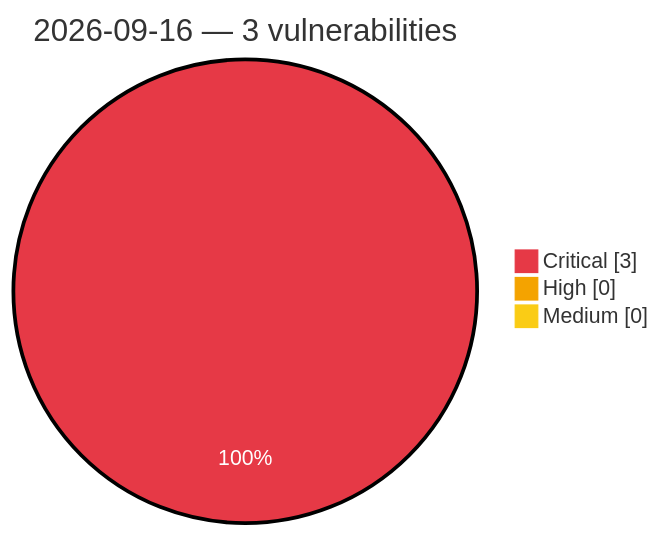
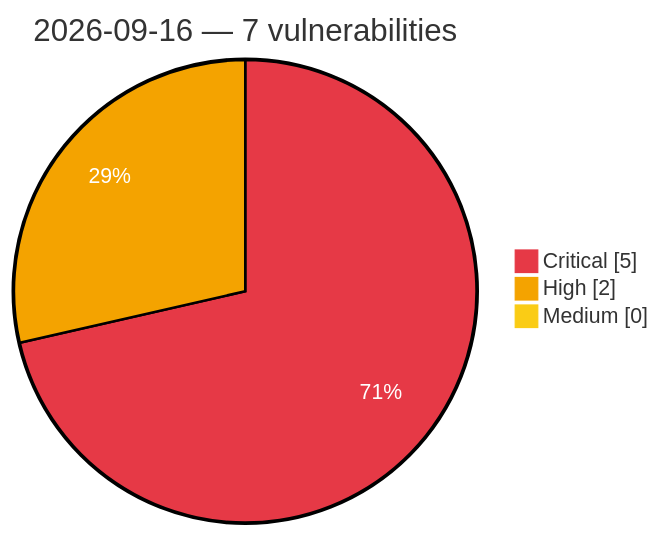
One commit to GhostX0X/vuln-tracker changed the diagram in vulnerabilities/2026/September/2026-09-16.md. Above: the diagram before and after it, drawn with Mermaid. The commit also changed other lines of this file and 5 other files, not shown here.

Commit message:
Auto update: critical/high vulns (2026-09-16 06:24 UTC)

````diff
--- a/vulnerabilities/2026/September/2026-09-16.md
+++ b/vulnerabilities/2026/September/2026-09-16.md
@@ -3,8 +3,8 @@
 ```mermaid
 %%{init: {'theme':'base', 'themeVariables': {'pie1':'#e63946', 'pie2':'#f4a300', 'pie3':'#facc15', 'pieOpacity':'1', 'pieOuterStrokeWidth':'2px', 'pieSectionTextColor':'#ffffff'}}}%%
 pie showData
-    title 2026-09-16 — 3 vulnerabilities
-    "Critical" : 3
-    "High" : 0
+    title 2026-09-16 — 7 vulnerabilities
+    "Critical" : 5
+    "High" : 2
     "Medium" : 0
 ```
````
